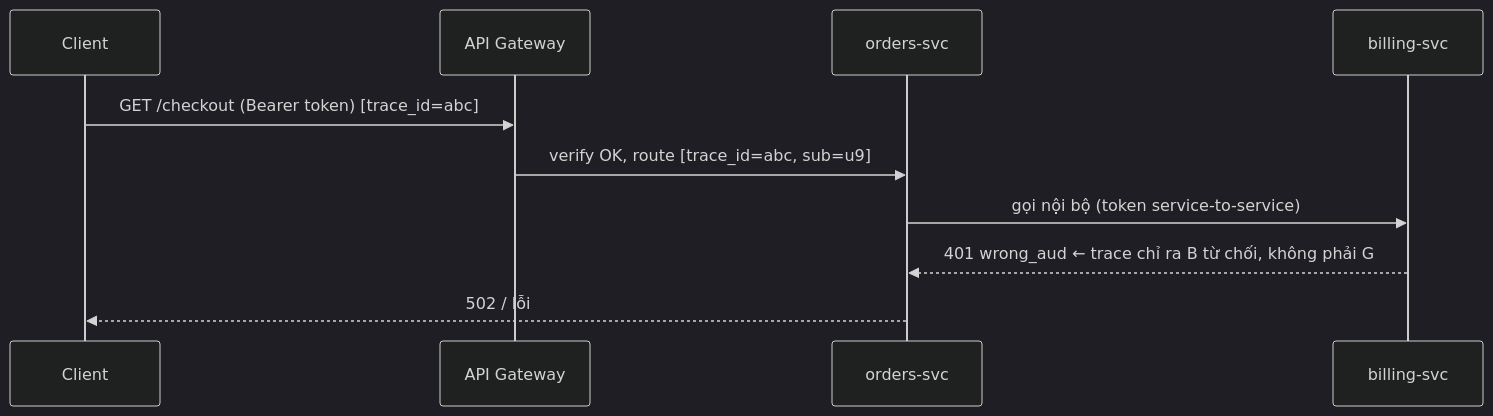
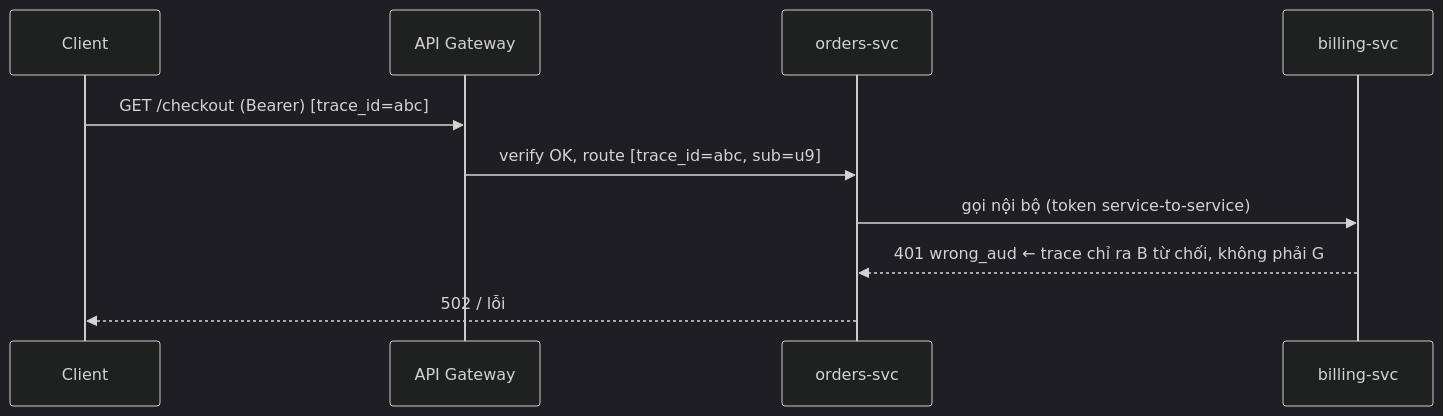
Before and after one commit to vanhiep99w/jwt-learn: the second of 2 diagrams in content/docs/operations/observability-and-audit.md, drawn with Mermaid (dark theme). The commit also changed other lines of this file and 4 other files, not shown here.

````diff
--- a/content/docs/operations/observability-and-audit.md
+++ b/content/docs/operations/observability-and-audit.md
@@ -223,12 +282,12 @@
 ```mermaid
 sequenceDiagram
     participant C as Client
     participant G as API Gateway
     participant O as orders-svc
     participant B as billing-svc
-    C->>G: GET /checkout (Bearer token) [trace_id=abc]
+    C->>G: GET /checkout (Bearer) [trace_id=abc]
     G->>O: verify OK, route [trace_id=abc, sub=u9]
     O->>B: gọi nội bộ (token service-to-service)
     B-->>O: 401 wrong_aud  ← trace chỉ ra B từ chối, không phải G
     O-->>C: 502 / lỗi
 ```
````
